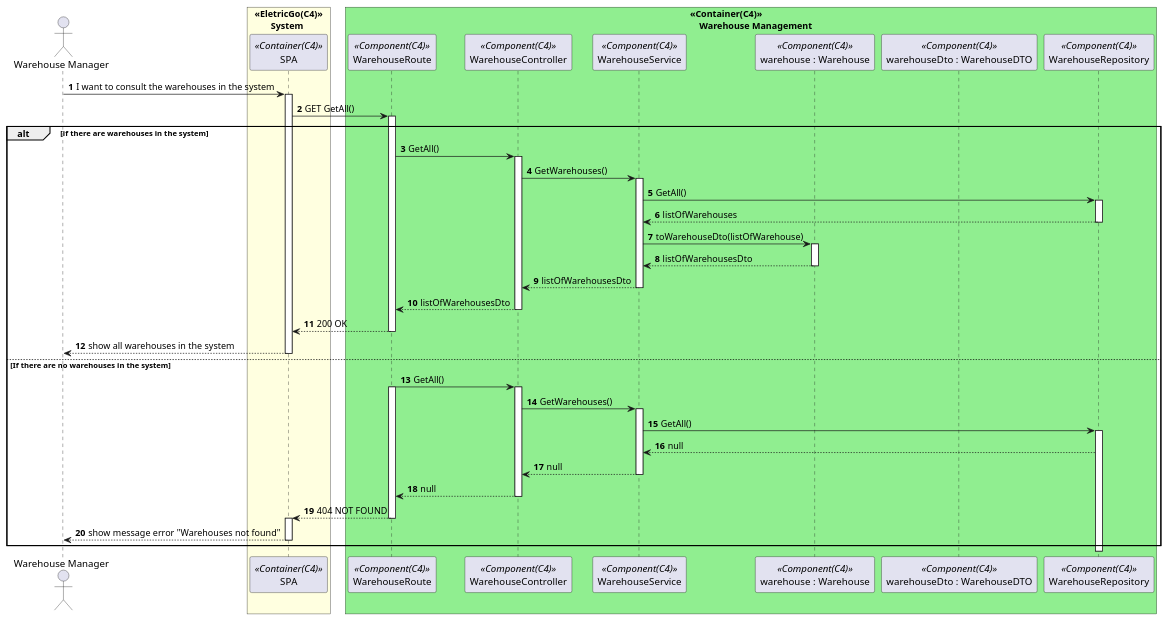
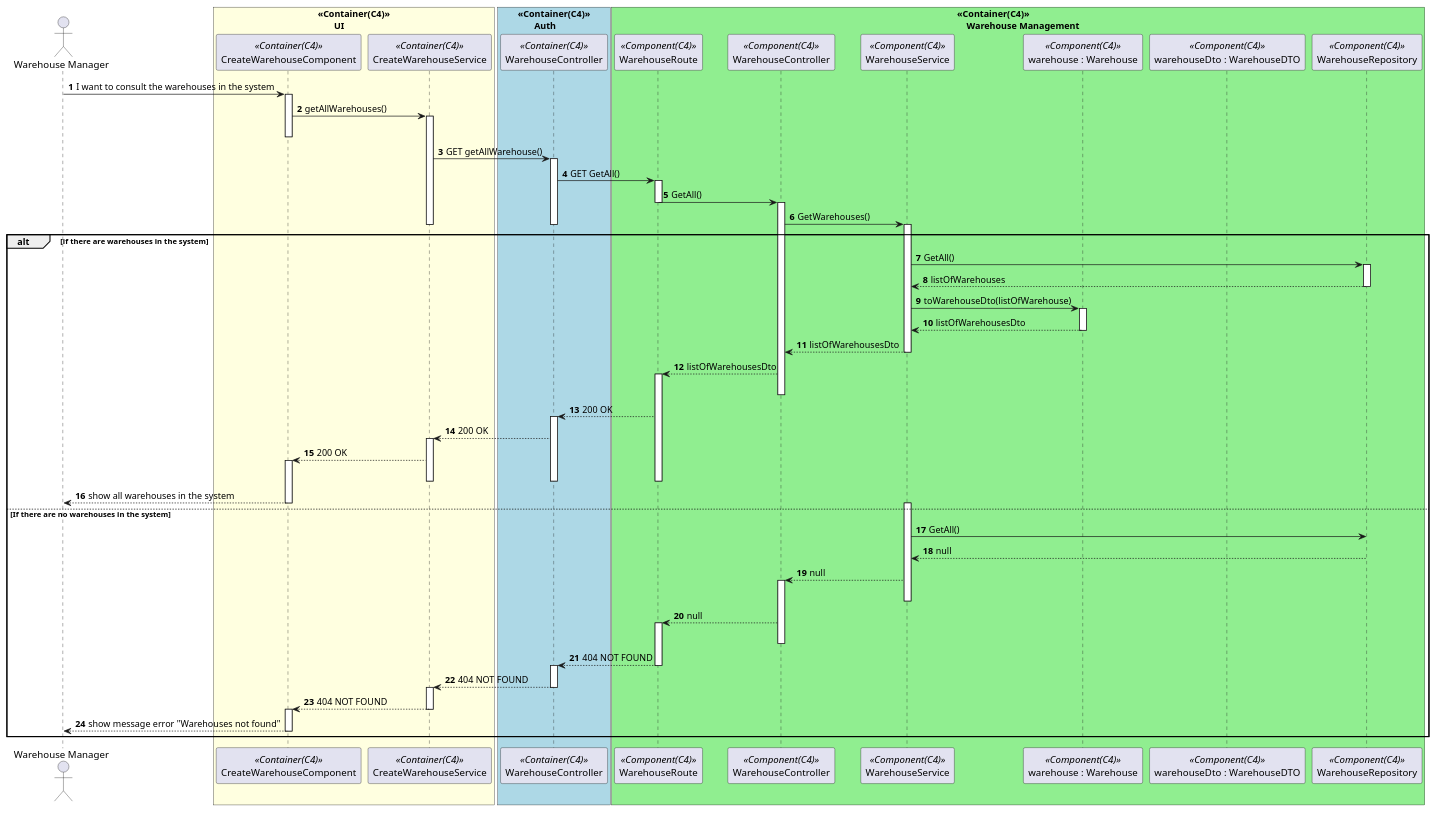
One commit to 0franciscor/dei_3dj_057 changed the diagram in Documents/1200720/.puml/ListWarehousesSD_N3.puml. Above: the diagram before and after it, drawn with PlantUML. The commit also changed 30 other files, not shown here.

Commit message:
#134 - Diagramas de nível 3 relativos a vista de processos da criação, edição e listagem dos armazéns.

```diff
--- a/Documents/1200720/.puml/ListWarehousesSD_N3.puml
+++ b/Documents/1200720/.puml/ListWarehousesSD_N3.puml
@@ -1,78 +1,108 @@
 @startuml
 autonumber
 
 actor "Warehouse Manager" as admin 
-box "<<EletricGo(C4)>>\n       System" #LightYellow
-participant SPA as ui <<Container(C4)>>
+
+box "<<Container(C4)>>\n       UI" #LightYellow
+participant CreateWarehouseComponent as uiComponent <<Container(C4)>>
+participant CreateWarehouseService as uiService <<Container(C4)>>
+box "<<Container(C4)>>\n       Auth" #LightBlue
+participant WarehouseController as authController <<Container(C4)>>
 box "<<Container(C4)>>\n    Warehouse Management" #LightGreen
 participant WarehouseRoute as  WM <<Component(C4)>>
 participant WarehouseController as  CTL <<Component(C4)>>
 participant WarehouseService as  SV <<Component(C4)>>
 participant "warehouse : Warehouse" as  W <<Component(C4)>>
 participant "warehouseDto : WarehouseDTO" as  DTO <<Component(C4)>>
 participant WarehouseRepository as  WR <<Component(C4)>>
 end box
 end box
 
 
-admin -> ui: I want to consult the warehouses in the system
-activate ui
+admin -> uiComponent: I want to consult the warehouses in the system
+activate uiComponent
 
-ui -> WM : GET GetAll()
+uiComponent -> uiService : getAllWarehouses()
+activate uiService
+deactivate uiComponent
+uiService -> authController : GET getAllWarehouse()
+activate authController
+authController -> WM : GET GetAll()
 activate WM
+
+WM -> CTL : GetAll()
+deactivate WM
+activate CTL
+CTL -> SV : GetWarehouses()
+
+deactivate authController
+deactivate uiService
 alt if there are warehouses in the system
 
-WM -> CTL : GetAll()
-activate CTL
-CTL -> SV : GetWarehouses()
+
 activate SV 
 SV -> WR : GetAll()
 activate WR
 WR --> SV : listOfWarehouses
 deactivate WR
 SV -> W : toWarehouseDto(listOfWarehouse)
 activate W
 
 W --> SV : listOfWarehousesDto
 deactivate W
 SV --> CTL : listOfWarehousesDto
 deactivate SV
 CTL --> WM : listOfWarehousesDto
+activate WM
 deactivate CTL
-WM --> ui : 200 OK 
+WM --> authController : 200 OK
+activate authController
+authController --> uiService : 200 OK
+activate uiService
+uiService --> uiComponent : 200 OK
+activate uiComponent
+
+deactivate uiService
+
+deactivate authController 
 deactivate WM
 
-
-ui --> admin: show all warehouses in the system
-deactivate ui
+uiComponent --> admin: show all warehouses in the system
+deactivate uiComponent
 
 else If there are no warehouses in the system
 
 
 
-WM -> CTL : GetAll()
-activate WM
-activate CTL
-CTL -> SV : GetWarehouses()
 activate SV 
 SV -> WR : GetAll()
-activate WR
+
 WR --> SV : null
 
 SV --> CTL : null
+activate CTL
 deactivate SV
 CTL --> WM : null
+activate WM
+
+
 deactivate CTL
+WM --> authController : 404 NOT FOUND
+deactivate WM
+activate authController
+authController --> uiService : 404 NOT FOUND
+deactivate authController
+activate uiService
+uiService --> uiComponent : 404 NOT FOUND
+deactivate uiService
 
-WM --> ui : 404 NOT FOUND
-deactivate WM
-activate ui
+activate uiComponent
  
-ui --> admin: show message error "Warehouses not found"
-deactivate ui 
+uiComponent --> admin: show message error "Warehouses not found"
+deactivate uiComponent 
 
 
 end
 
 deactivate admin
 @enduml
```
